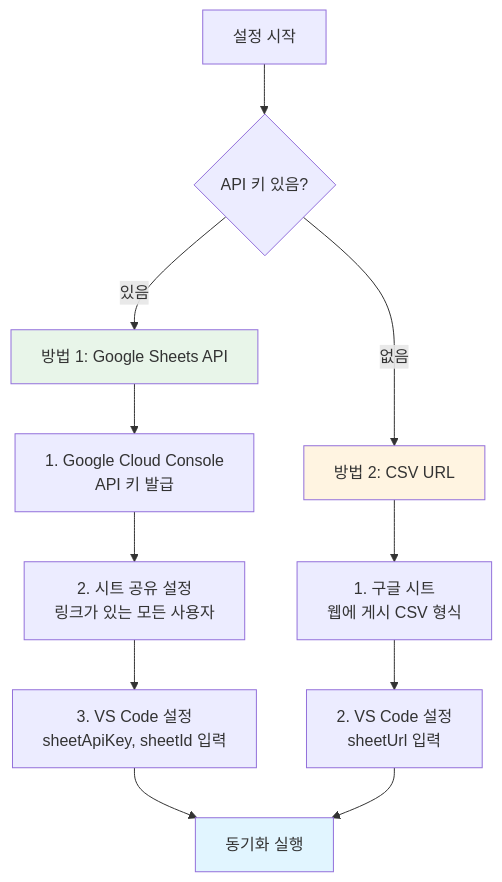
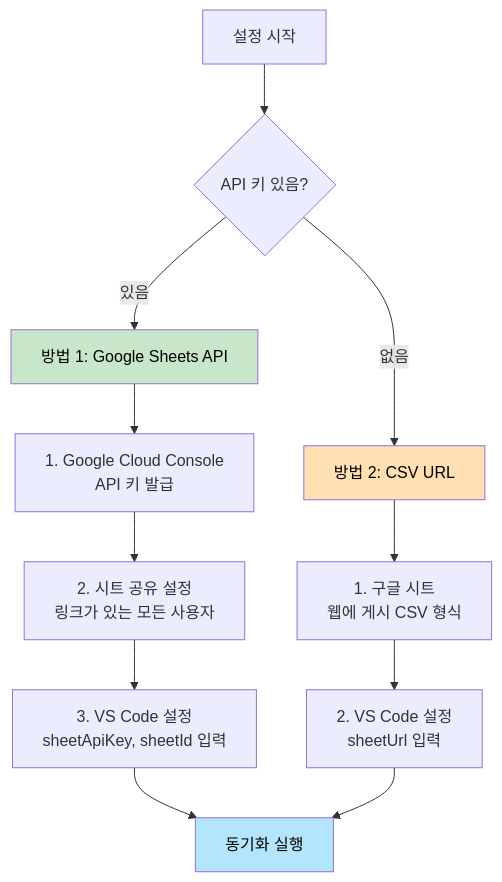
Before and after one commit to jinyDuo/sheet-global-hover-helper: the second of 6 diagrams in README.ko.md, drawn with Mermaid. The commit also changed other lines of this file and 2 other files, not shown here.

Commit message:
feat: 플로우 차트 색상 조정

````diff
--- a/README.ko.md
+++ b/README.ko.md
@@ -74,19 +74,19 @@
 ```mermaid
 flowchart TD
     A[설정 시작] --> B{API 키 있음?}
     B -->|있음| C[방법 1: Google Sheets API]
     B -->|없음| D[방법 2: CSV URL]
     
     C --> C1[1. Google Cloud Console<br/>API 키 발급]
     C1 --> C2[2. 시트 공유 설정<br/>링크가 있는 모든 사용자]
     C2 --> C3[3. VS Code 설정<br/>sheetApiKey, sheetId 입력]
     C3 --> E[동기화 실행]
     
     D --> D1[1. 구글 시트<br/>웹에 게시 CSV 형식]
     D1 --> D2[2. VS Code 설정<br/>sheetUrl 입력]
     D2 --> E
     
-    style C fill:#e8f5e9
-    style D fill:#fff4e1
-    style E fill:#e1f5ff
+    style C fill:#c8e6c9,color:#000000
+    style D fill:#ffe0b2,color:#000000
+    style E fill:#b3e5fc,color:#000000
 ```
````
